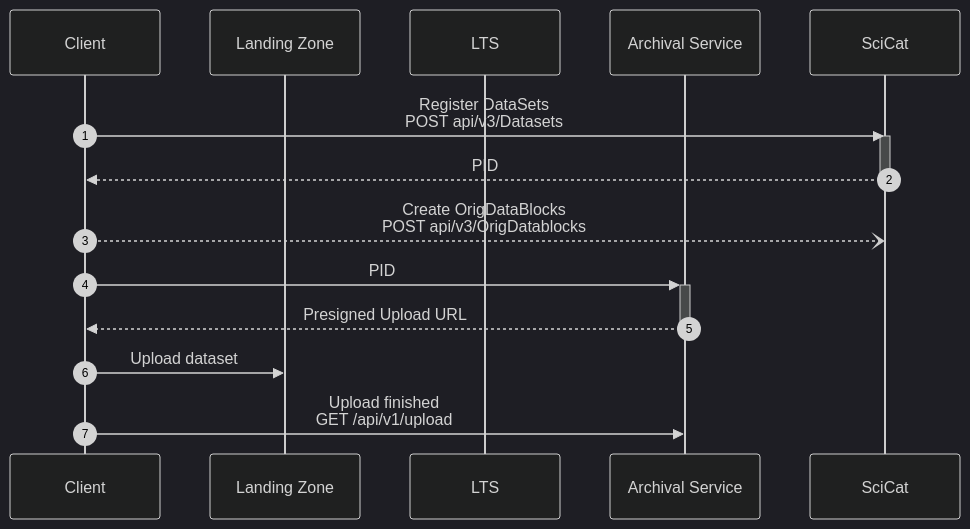
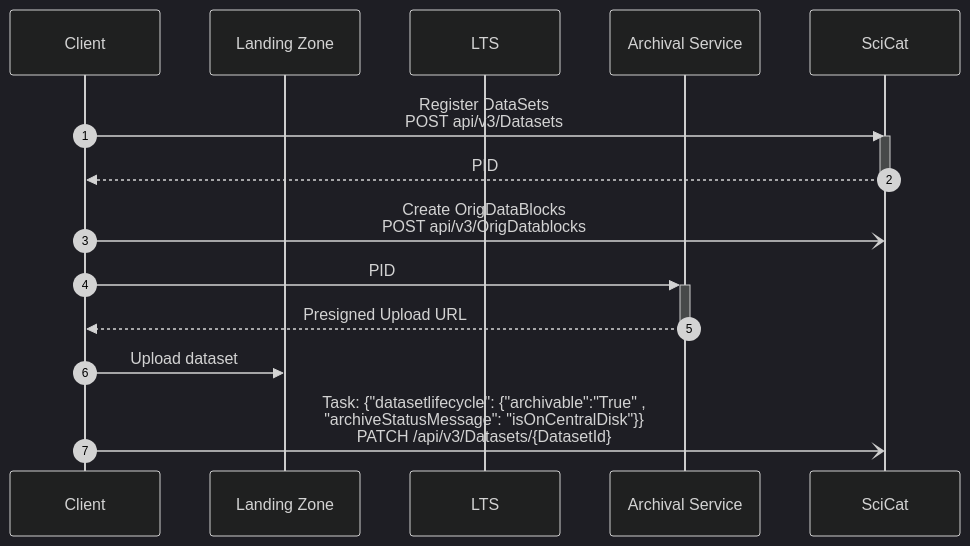
The first of 3 diagrams in backend/archiver/readMe.md (SwissOpenEM/ScopeMArchiver), drawn with Mermaid (dark theme) before and after one commit. The commit also changed other lines of this file and 5 other files, not shown here.

Commit message:
Implement scicat api test for archiving flow

````diff
--- a/backend/archiver/readMe.md
+++ b/backend/archiver/readMe.md
@@ -5,20 +5,20 @@
 ```mermaid
 sequenceDiagram
   autonumber
   participant C as Client 
   participant L as Landing Zone
   participant LTS
   participant A as Archival Service
   participant S as SciCat 
 
   C->>S: Register DataSets <br> POST api/v3/Datasets
   activate S
   S-->>C: PID
   deactivate S
-  C--)S: Create OrigDataBlocks <br> POST api/v3/OrigDatablocks
+  C-)S: Create OrigDataBlocks <br> POST api/v3/OrigDatablocks
   C->>+A: PID
   A-->>-C: Presigned Upload URL
   C->>L: Upload dataset
-  C->>A: Upload finished <br> GET /api/v1/upload
+  C -) S: Task: {"datasetlifecycle": {"archivable":"True" , <br> "archiveStatusMessage": "isOnCentralDisk"}} <br> PATCH /api/v3/Datasets/{DatasetId}
 
 ```
````
